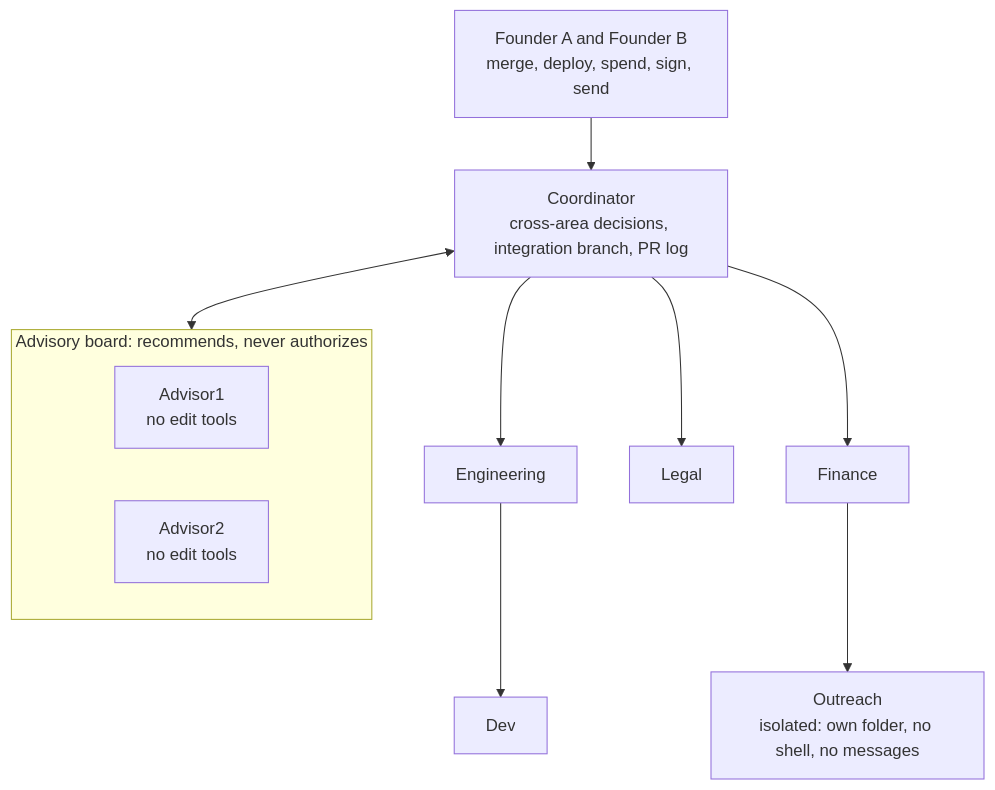
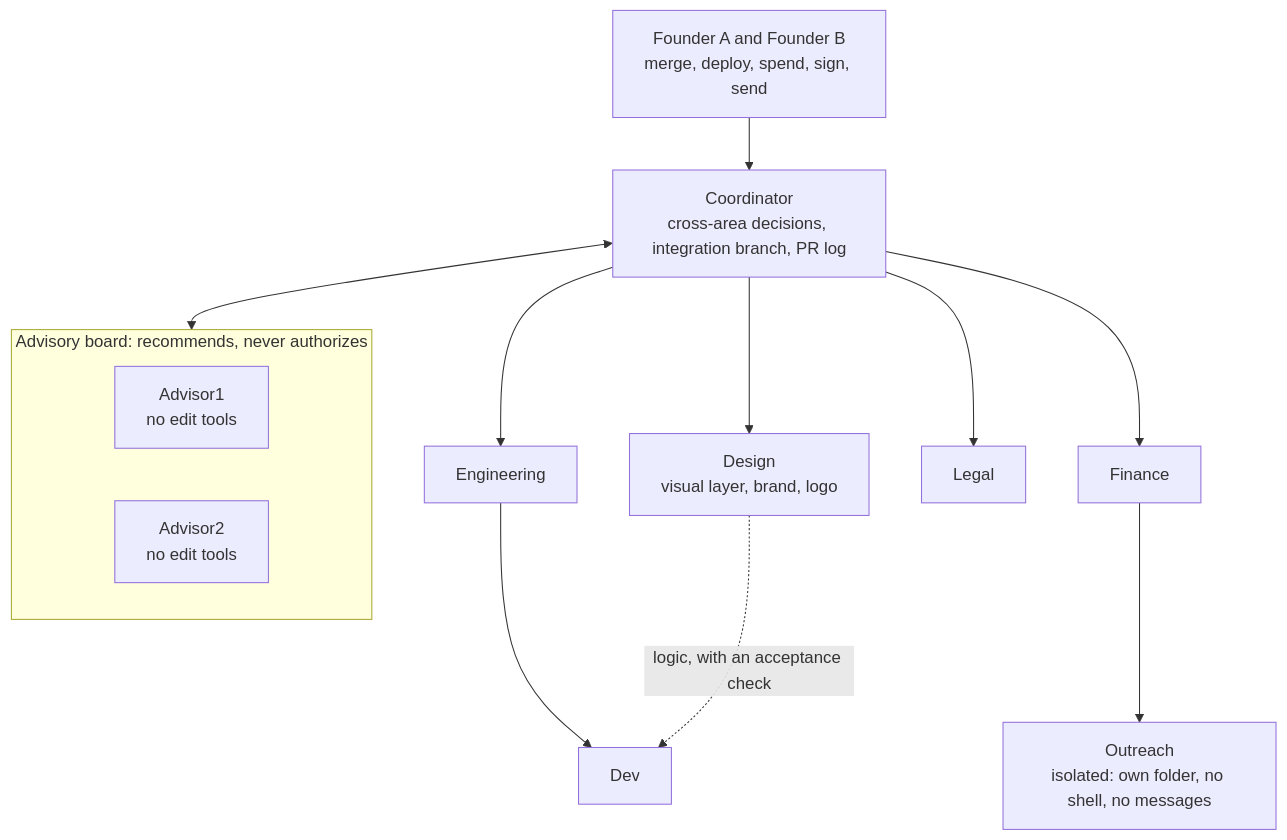
The diagram in README.md (RHerAle/FounderMode), drawn with Mermaid before and after one commit. The commit also changed other lines of this file and 11 other files, not shown here.

````diff
--- a/README.md
+++ b/README.md
@@ -20,21 +20,24 @@
 ```mermaid
 flowchart TB
     F["Founder A and Founder B<br/>merge, deploy, spend, sign, send"]
     C["Coordinator<br/>cross-area decisions, integration branch, PR log"]
     subgraph B["Advisory board: recommends, never authorizes"]
         A1["Advisor1<br/>no edit tools"]
         A2["Advisor2<br/>no edit tools"]
     end
     E["Engineering"]
     D["Dev"]
+    DS["Design<br/>visual layer, brand, logo"]
     L["Legal"]
     FI["Finance"]
     O["Outreach<br/>isolated: own folder, no shell, no messages"]
     F --> C
     C --> E
     C --> L
     C --> FI
     E --> D
+    C --> DS
+    DS -. "logic, with an acceptance check" .-> D
     FI --> O
     C <--> B
 ```
````
